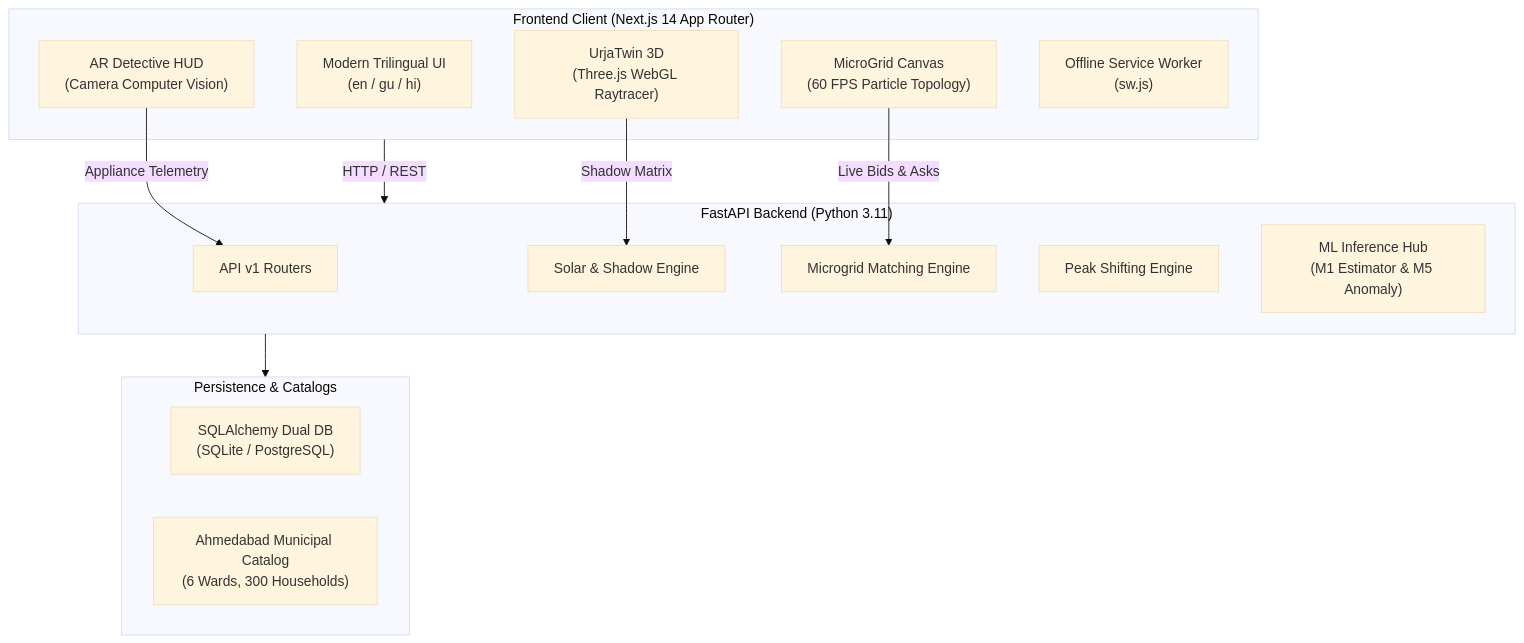
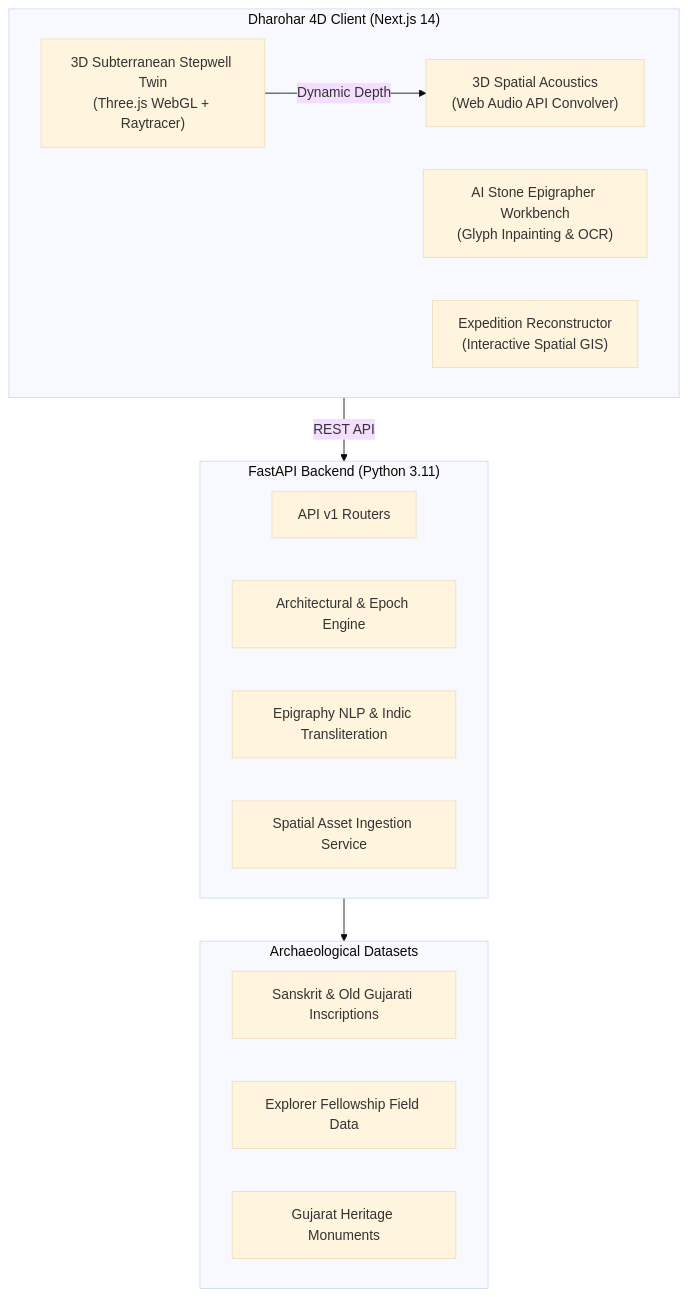
The diagram in README.md (yashpatadiya1724-cmyk/dharohar-4d), drawn with Mermaid (base theme) before and after one commit. The commit also changed other lines of this file and 9 other files, not shown here.

````diff
--- a/README.md
+++ b/README.md
@@ -78,29 +68,26 @@
 ```mermaid
 flowchart TD
-    subgraph Client["Frontend Client (Next.js 14 App Router)"]
-        UI["Modern Trilingual UI\n(en / gu / hi)"]
-        ThreeJS["UrjaTwin 3D\n(Three.js WebGL Raytracer)"]
-        AR["AR Detective HUD\n(Camera Computer Vision)"]
-        P2PCanvas["MicroGrid Canvas\n(60 FPS Particle Topology)"]
-        SW["Offline Service Worker\n(sw.js)"]
+    subgraph Frontend["Dharohar 4D Client (Next.js 14)"]
+        Twin["3D Subterranean Stepwell Twin\n(Three.js WebGL + Raytracer)"]
+        Audio["3D Spatial Acoustics\n(Web Audio API Convolver)"]
+        Epigrapher["AI Stone Epigrapher Workbench\n(Glyph Inpainting & OCR)"]
+        GIS["Expedition Reconstructor\n(Interactive Spatial GIS)"]
     end
 
-    subgraph API["FastAPI Backend (Python 3.11)"]
-        Router["API v1 Routers"]
-        SolarEngine["Solar & Shadow Engine"]
-        P2PEngine["Microgrid Matching Engine"]
-        PeakEngine["Peak Shifting Engine"]
-        MLService["ML Inference Hub\n(M1 Estimator & M5 Anomaly)"]
+    subgraph Backend["FastAPI Backend (Python 3.11)"]
+        API["API v1 Routers"]
+        StepwellEngine["Architectural & Epoch Engine"]
+        NLPService["Epigraphy NLP & Indic Transliteration"]
+        ExpeditionEngine["Spatial Asset Ingestion Service"]
     end
 
-    subgraph DB["Persistence & Catalogs"]
-        SQLite["SQLAlchemy Dual DB\n(SQLite / PostgreSQL)"]
-        Wards["Ahmedabad Municipal Catalog\n(6 Wards, 300 Households)"]
+    subgraph HeritageDB["Archaeological Datasets"]
+        EpigraphDB["Sanskrit & Old Gujarati Inscriptions"]
+        IITGNArchive["Explorer Fellowship Field Data"]
+        LociCatalog["Gujarat Heritage Monuments"]
     end
 
-    Client -->|HTTP / REST| API
-    ThreeJS -->|Shadow Matrix| SolarEngine
-    AR -->|Appliance Telemetry| Router
-    P2PCanvas -->|Live Bids & Asks| P2PEngine
-    API --> DB
+    Frontend -->|REST API| Backend
+    Twin -->|Dynamic Depth| Audio
+    Backend --> HeritageDB
 ```
````
